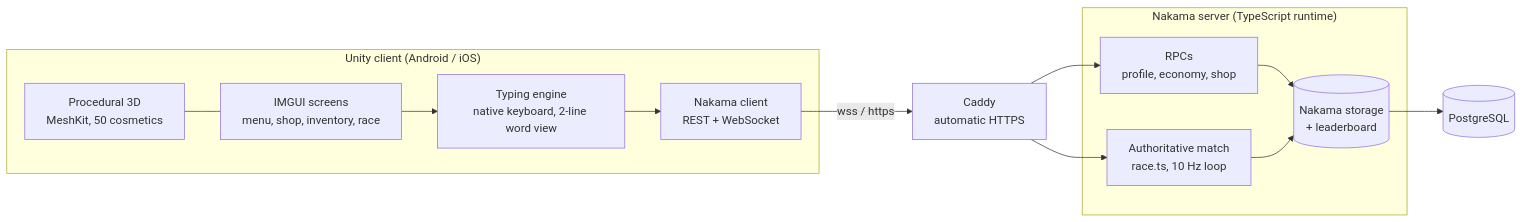
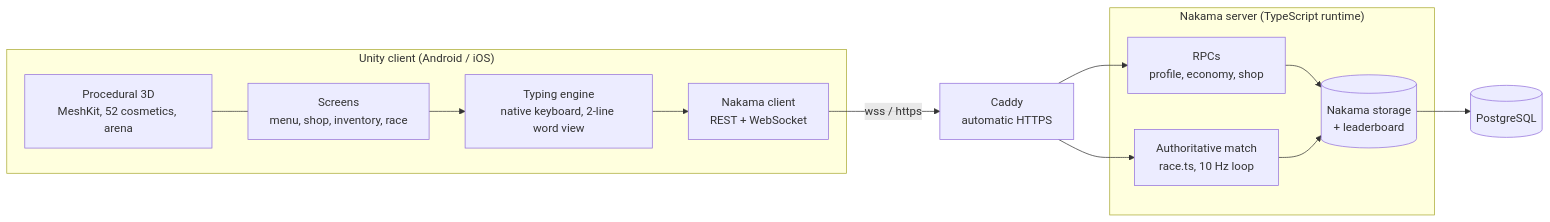
Before and after one commit to furkan-eroglu/textrun: the first of 2 diagrams in README.md, drawn with Mermaid. The commit also changed other lines of this file and 1 other file, not shown here.

````diff
--- a/README.md
+++ b/README.md
@@ -40,24 +88,24 @@
 ```mermaid
 flowchart LR
     subgraph Phone["Unity client (Android / iOS)"]
-        UI["IMGUI screens<br/>menu, shop, inventory, race"]
+        UI["Screens<br/>menu, shop, inventory, race"]
         TY["Typing engine<br/>native keyboard, 2-line word view"]
         NET["Nakama client<br/>REST + WebSocket"]
-        VIS["Procedural 3D<br/>MeshKit, 50 cosmetics"]
+        VIS["Procedural 3D<br/>MeshKit, 52 cosmetics, arena"]
     end
     subgraph Server["Nakama server (TypeScript runtime)"]
         RPC["RPCs<br/>profile, economy, shop"]
         MATCH["Authoritative match<br/>race.ts, 10 Hz loop"]
         STORE[("Nakama storage<br/>+ leaderboard")]
     end
     PG[("PostgreSQL")]
     CADDY["Caddy<br/>automatic HTTPS"]
 
     UI --> TY --> NET
     VIS --- UI
     NET -- "wss / https" --> CADDY --> RPC
     CADDY --> MATCH
     RPC --> STORE
     MATCH --> STORE
     STORE --> PG
 ```
````
